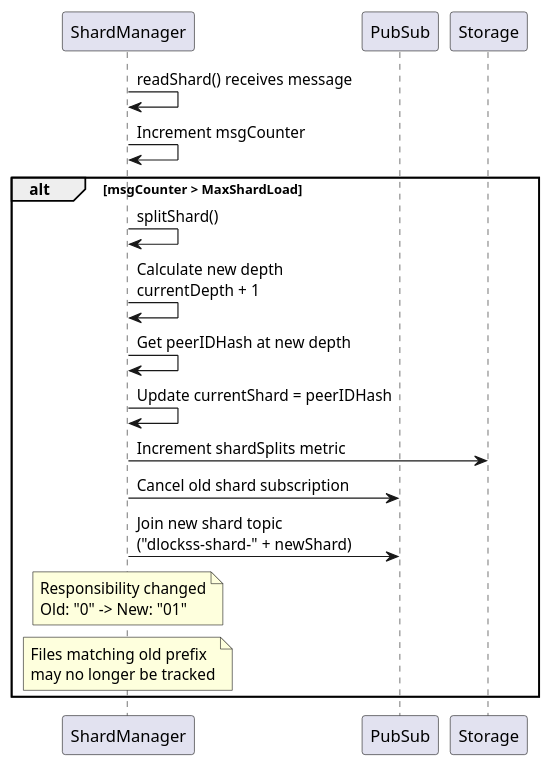
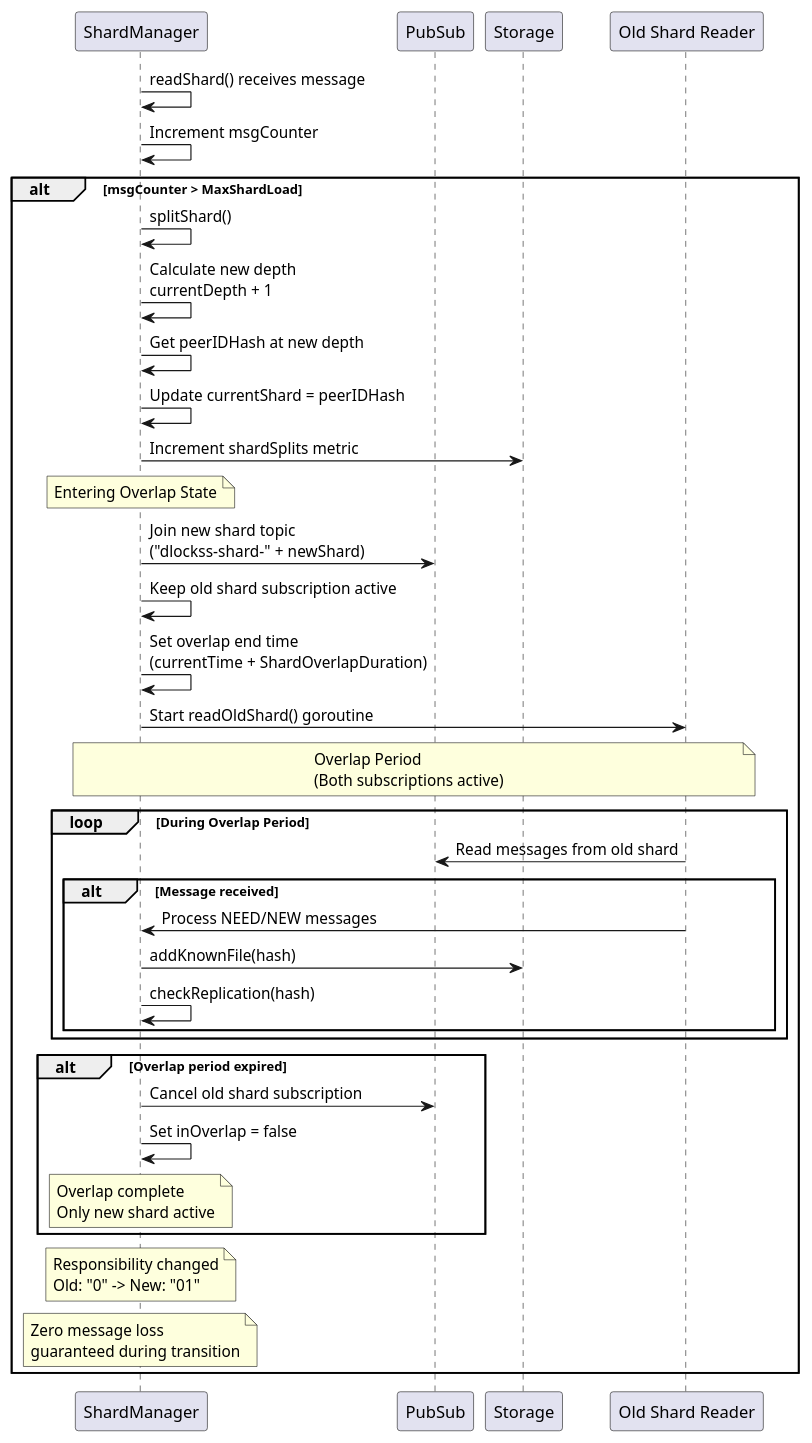
One commit to gipplab/D-LOCKSS changed the diagram in docs/shard_split_sequence.puml. Above: the diagram before and after it, drawn with PlantUML. The commit also changed 18 other files, not shown here.

Commit message:
- added badbits manager - added storage monitor - added replication checker with hysteresis (buffer before action) - added overlap state to shard transitions

```diff
--- a/docs/shard_split_sequence.puml
+++ b/docs/shard_split_sequence.puml
@@ -1,24 +1,46 @@
 @startuml Shard Split Sequence
 
 participant "ShardManager" as ShardMgr
 participant "PubSub" as PubSub
 participant "Storage" as Storage
+participant "Old Shard Reader" as OldReader
 
 ShardMgr -> ShardMgr: readShard() receives message
 ShardMgr -> ShardMgr: Increment msgCounter
 
 alt msgCounter > MaxShardLoad
     ShardMgr -> ShardMgr: splitShard()
     ShardMgr -> ShardMgr: Calculate new depth\ncurrentDepth + 1
     ShardMgr -> ShardMgr: Get peerIDHash at new depth
     ShardMgr -> ShardMgr: Update currentShard = peerIDHash
     ShardMgr -> Storage: Increment shardSplits metric
     
-    ShardMgr -> PubSub: Cancel old shard subscription
+    Note over ShardMgr: Entering Overlap State
+    
     ShardMgr -> PubSub: Join new shard topic\n("dlockss-shard-" + newShard)
+    ShardMgr -> ShardMgr: Keep old shard subscription active
+    ShardMgr -> ShardMgr: Set overlap end time\n(currentTime + ShardOverlapDuration)
+    ShardMgr -> OldReader: Start readOldShard() goroutine
+    
+    Note over ShardMgr,OldReader: Overlap Period\n(Both subscriptions active)
+    
+    loop During Overlap Period
+        OldReader -> PubSub: Read messages from old shard
+        alt Message received
+            OldReader -> ShardMgr: Process NEED/NEW messages
+            ShardMgr -> Storage: addKnownFile(hash)
+            ShardMgr -> ShardMgr: checkReplication(hash)
+        end
+    end
+    
+    alt Overlap period expired
+        ShardMgr -> PubSub: Cancel old shard subscription
+        ShardMgr -> ShardMgr: Set inOverlap = false
+        Note over ShardMgr: Overlap complete\nOnly new shard active
+    end
     
     Note over ShardMgr: Responsibility changed\nOld: "0" -> New: "01"
-    Note over ShardMgr: Files matching old prefix\nmay no longer be tracked
+    Note over ShardMgr: Zero message loss\nguaranteed during transition
 end
 
 @enduml
```
